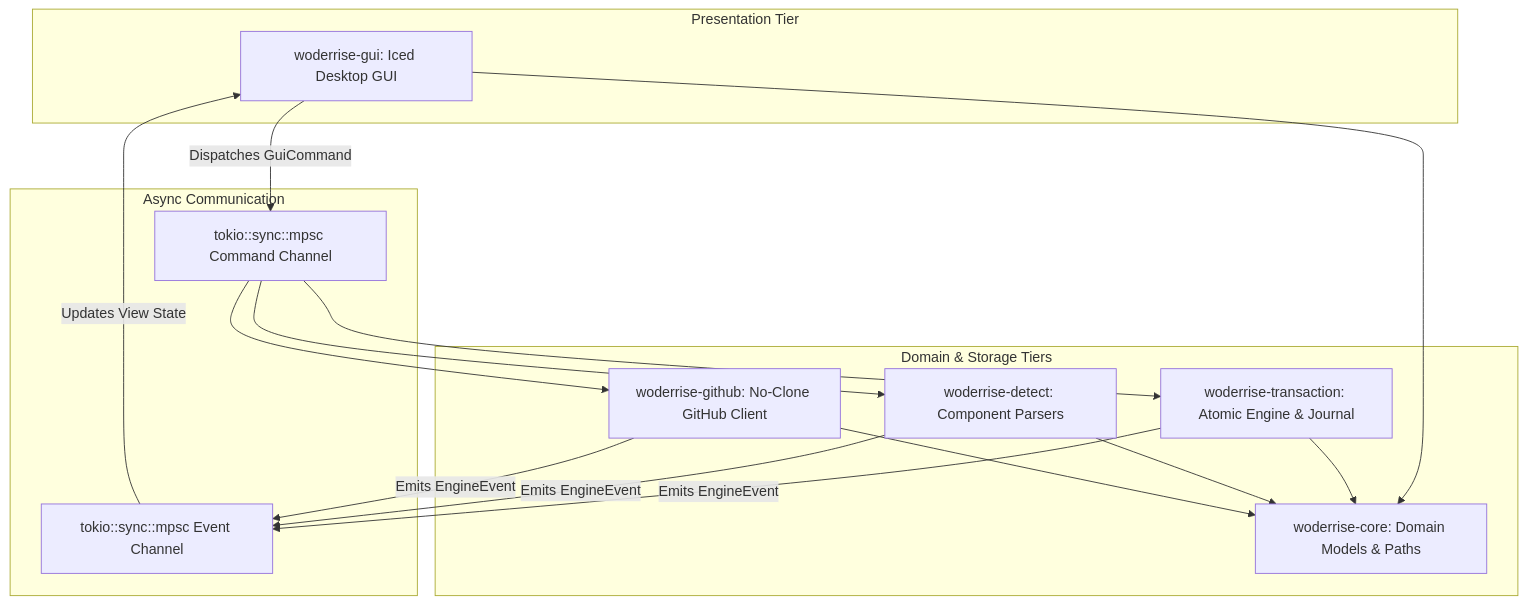
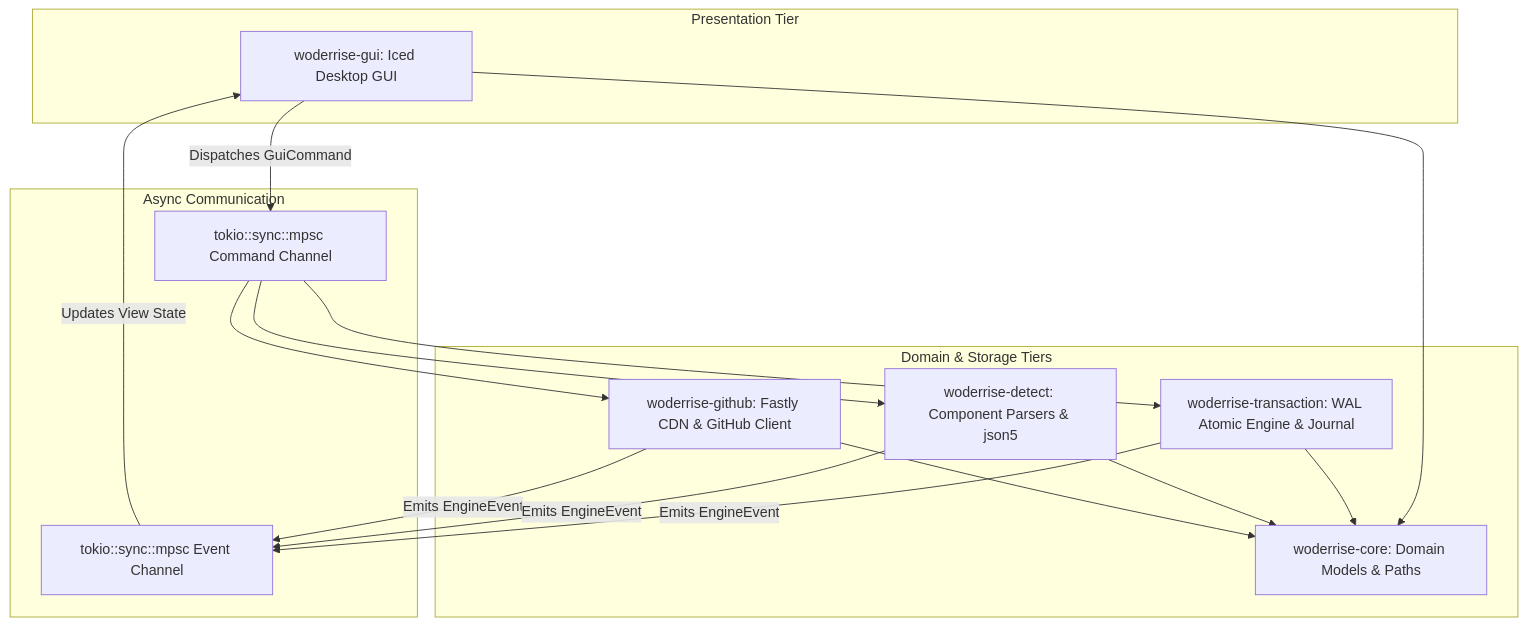
One commit to vijaygovindBiju/Woderrise changed the diagram in README.md. Above: the diagram before and after it, drawn with Mermaid. The commit also changed other lines of this file and 1 other file, not shown here.

Commit message:
docs: harden architecture with WAL, CDN blob fetching, and security sandboxing

````diff
--- a/README.md
+++ b/README.md
@@ -55,33 +55,33 @@
 ```mermaid
 graph TD
     subgraph Presentation Tier
         GUI[woderrise-gui: Iced Desktop GUI]
     end
 
     subgraph Async Communication
         CMD[tokio::sync::mpsc Command Channel]
         EVT[tokio::sync::mpsc Event Channel]
     end
 
     subgraph Domain & Storage Tiers
         CORE[woderrise-core: Domain Models & Paths]
-        GITHUB[woderrise-github: No-Clone GitHub Client]
-        DETECT[woderrise-detect: Component Parsers]
-        TX[woderrise-transaction: Atomic Engine & Journal]
+        GITHUB[woderrise-github: Fastly CDN & GitHub Client]
+        DETECT[woderrise-detect: Component Parsers & json5]
+        TX[woderrise-transaction: WAL Atomic Engine & Journal]
     end
 
     GUI -->|Dispatches GuiCommand| CMD
     CMD --> GITHUB
     CMD --> DETECT
     CMD --> TX
     
     GITHUB -->|Emits EngineEvent| EVT
     DETECT -->|Emits EngineEvent| EVT
     TX -->|Emits EngineEvent| EVT
     EVT -->|Updates View State| GUI
 
     GITHUB --> CORE
     DETECT --> CORE
     TX --> CORE
     GUI --> CORE
 ```
````
